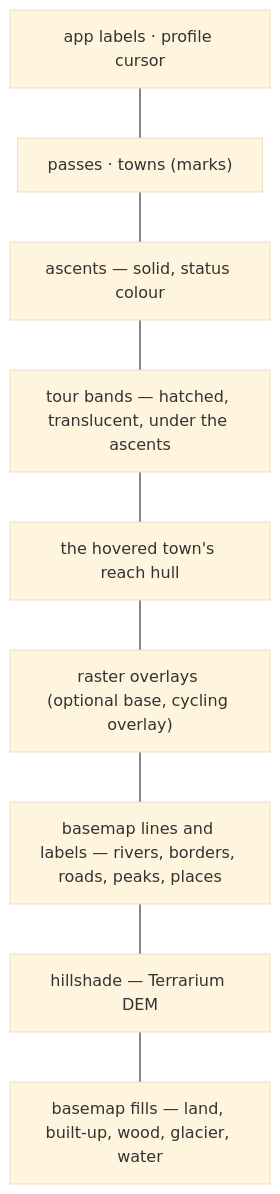
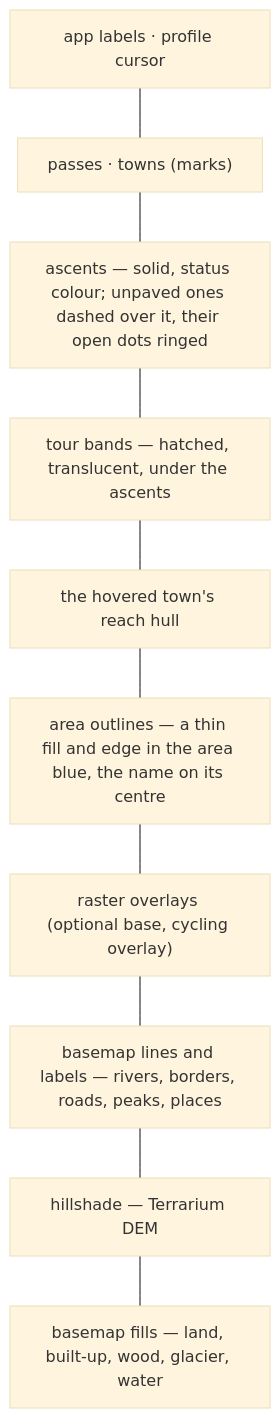
The first of 4 diagrams in docs/map-rendering.md (mdugue/alpen), drawn with Mermaid (base theme) before and after one commit. The commit also changed other lines of this file and 248 other files, not shown here.

````diff
--- a/docs/map-rendering.md
+++ b/docs/map-rendering.md
@@ -149,13 +168,14 @@
 ```mermaid
 flowchart TB
   L9["app labels · profile cursor"]
   L8["passes · towns (marks)"]
-  L7["ascents — solid, status colour"]
+  L7["ascents — solid, status colour; unpaved ones dashed over it, their open dots ringed"]
   L6["tour bands — hatched, translucent, under the ascents"]
   L5["the hovered town's reach hull"]
+  L45["area outlines — a thin fill and edge in the area blue, the name on its centre"]
   L4["raster overlays (optional base, cycling overlay)"]
   L3["basemap lines and labels — rivers, borders, roads, peaks, places"]
   L2["hillshade — Terrarium DEM"]
   L1["basemap fills — land, built-up, wood, glacier, water"]
-  L9 --- L8 --- L7 --- L6 --- L5 --- L4 --- L3 --- L2 --- L1
+  L9 --- L8 --- L7 --- L6 --- L5 --- L45 --- L4 --- L3 --- L2 --- L1
 ```
````
